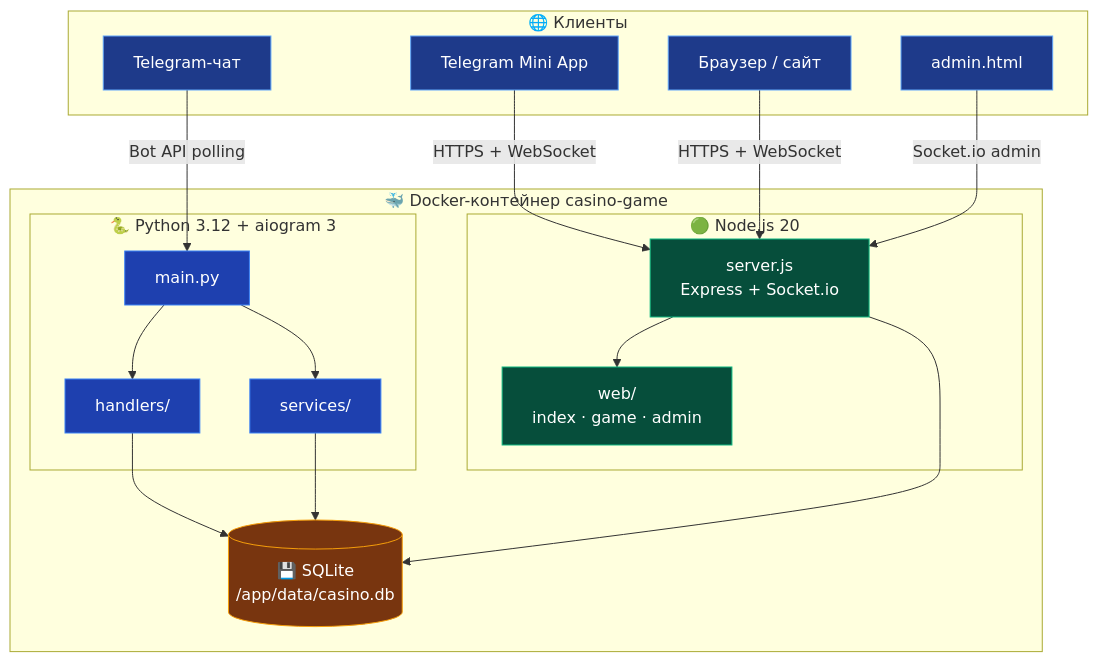
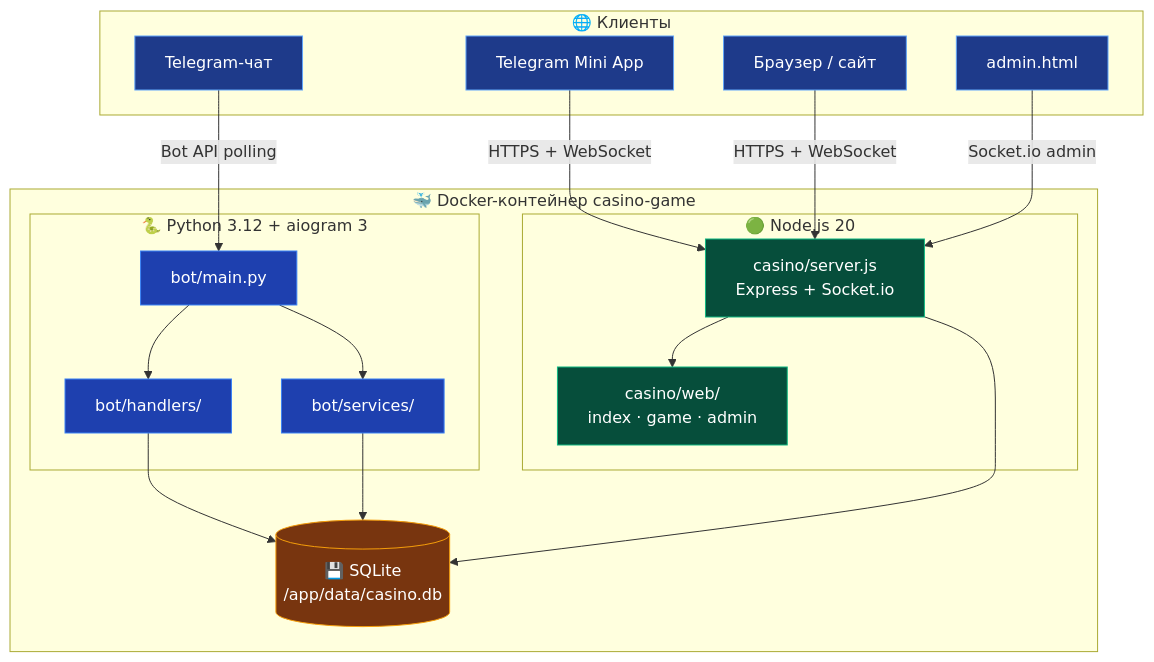
Before and after one commit to JamikKhidirov/CasinoGame: the first of 5 diagrams in ARCHITECTURE.md, drawn with Mermaid. The commit also changed other lines of this file and 41 other files, not shown here.

First line of the commit message:
refactor: структура проекта по папкам (bot, casino, configs, data, tests)

````diff
--- a/ARCHITECTURE.md
+++ b/ARCHITECTURE.md
@@ -23,42 +23,42 @@
 ```mermaid
 flowchart TB
     subgraph Clients["🌐 Клиенты"]
         TG["Telegram-чат"]
         TMA["Telegram Mini App"]
         WEB["Браузер / сайт"]
         ADM["admin.html"]
     end
 
     subgraph Container["🐳 Docker-контейнер casino-game"]
         subgraph Py["🐍 Python 3.12 + aiogram 3"]
-            MAIN["main.py"]
-            H["handlers/"]
-            SVC["services/"]
+            MAIN["bot/main.py"]
+            H["bot/handlers/"]
+            SVC["bot/services/"]
         end
         subgraph Node["🟢 Node.js 20"]
-            SRV["server.js<br/>Express + Socket.io"]
-            FRONT["web/<br/>index · game · admin"]
+            SRV["casino/server.js<br/>Express + Socket.io"]
+            FRONT["casino/web/<br/>index · game · admin"]
         end
         DB[("💾 SQLite<br/>/app/data/casino.db")]
     end
 
     TG -->|Bot API polling| MAIN
     TMA -->|HTTPS + WebSocket| SRV
     WEB -->|HTTPS + WebSocket| SRV
     ADM -->|Socket.io admin| SRV
     MAIN --> H
     MAIN --> SVC
     H --> DB
     SVC --> DB
     SRV --> DB
     SRV --> FRONT
 
     classDef client fill:#1e3a8a,stroke:#60a5fa,color:#fff
     classDef py fill:#1e40af,stroke:#3b82f6,color:#fff
     classDef node fill:#064e3b,stroke:#10b981,color:#fff
     classDef db fill:#78350f,stroke:#f59e0b,color:#fff
     class TG,TMA,WEB,ADM client
     class MAIN,H,SVC py
     class SRV,FRONT node
     class DB db
 ```
````
